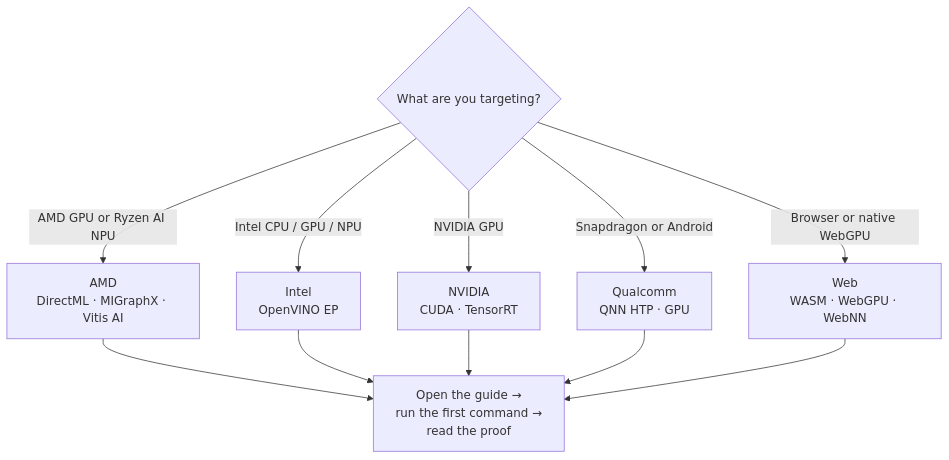
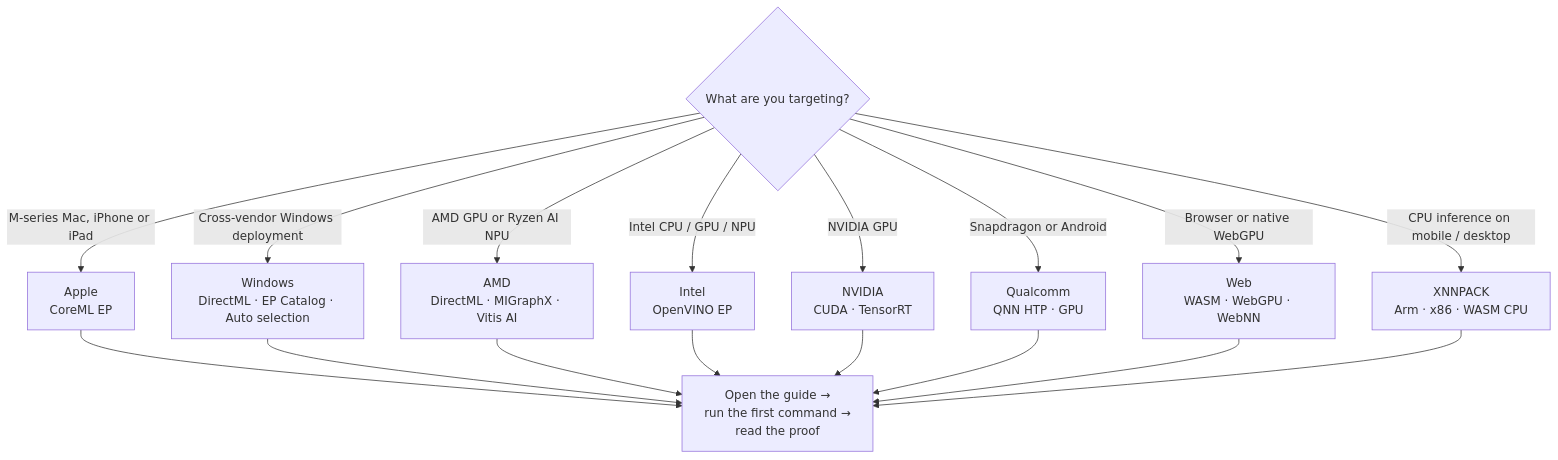
Before and after one commit to DakeQQ/Tutorial-ONNX-Runtime-Execution-Providers: the fifth of 7 diagrams in README.md, drawn with Mermaid. The commit also changed other lines of this file and 15 other files, not shown here.

````diff
--- a/README.md
+++ b/README.md
@@ -111,14 +148,20 @@
 ```mermaid
 flowchart TD
     A{"What are you targeting?"}
+    A -->|M-series Mac, iPhone or iPad| APPLE["Apple<br/>CoreML EP"]
+    A -->|Cross-vendor Windows deployment| WIN["Windows<br/>DirectML · EP Catalog · Auto selection"]
     A -->|AMD GPU or Ryzen AI NPU| AMD["AMD<br/>DirectML · MIGraphX · Vitis AI"]
     A -->|Intel CPU / GPU / NPU| INT["Intel<br/>OpenVINO EP"]
     A -->|NVIDIA GPU| NV["NVIDIA<br/>CUDA · TensorRT"]
     A -->|Snapdragon or Android| QC["Qualcomm<br/>QNN HTP · GPU"]
     A -->|Browser or native WebGPU| WEB["Web<br/>WASM · WebGPU · WebNN"]
+    A -->|CPU inference on mobile / desktop| XNN["XNNPACK<br/>Arm · x86 · WASM CPU"]
+    APPLE --> G["Open the guide →<br/>run the first command →<br/>read the proof"]
+    WIN --> G
     AMD --> G["Open the guide →<br/>run the first command →<br/>read the proof"]
     INT --> G
     NV --> G
     QC --> G
     WEB --> G
+    XNN --> G
 ```
````
